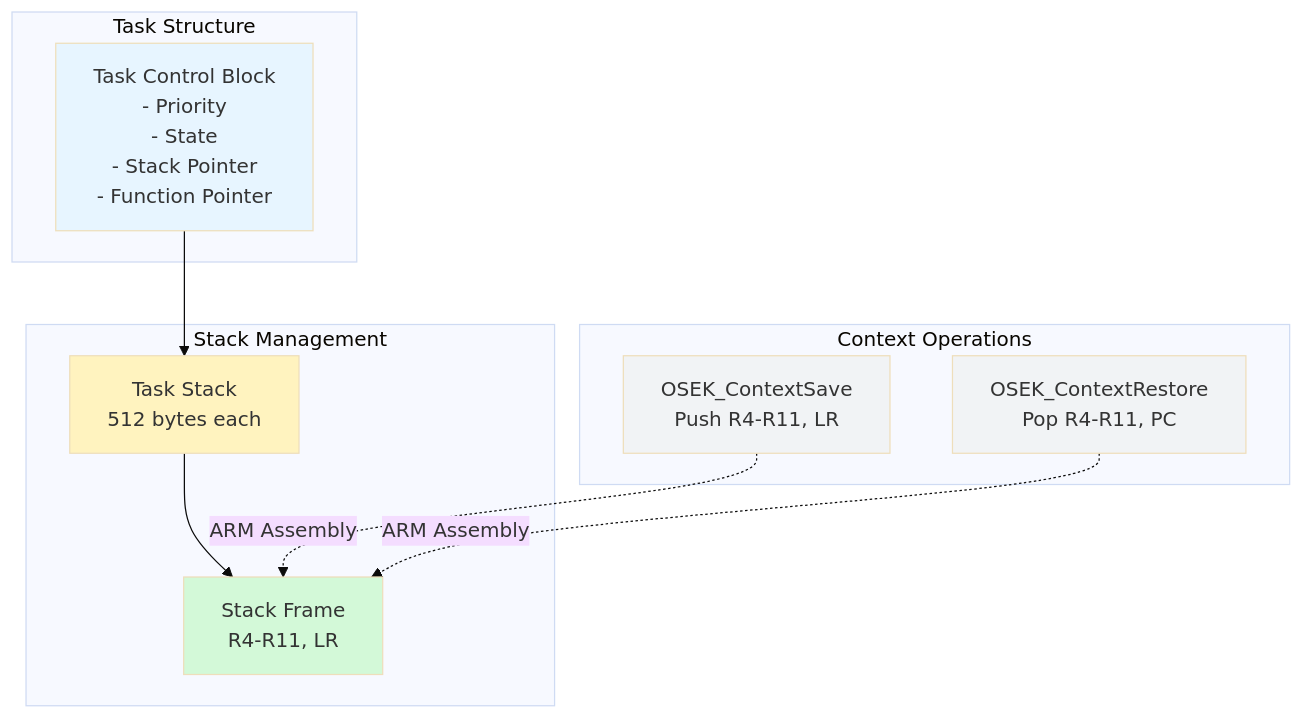
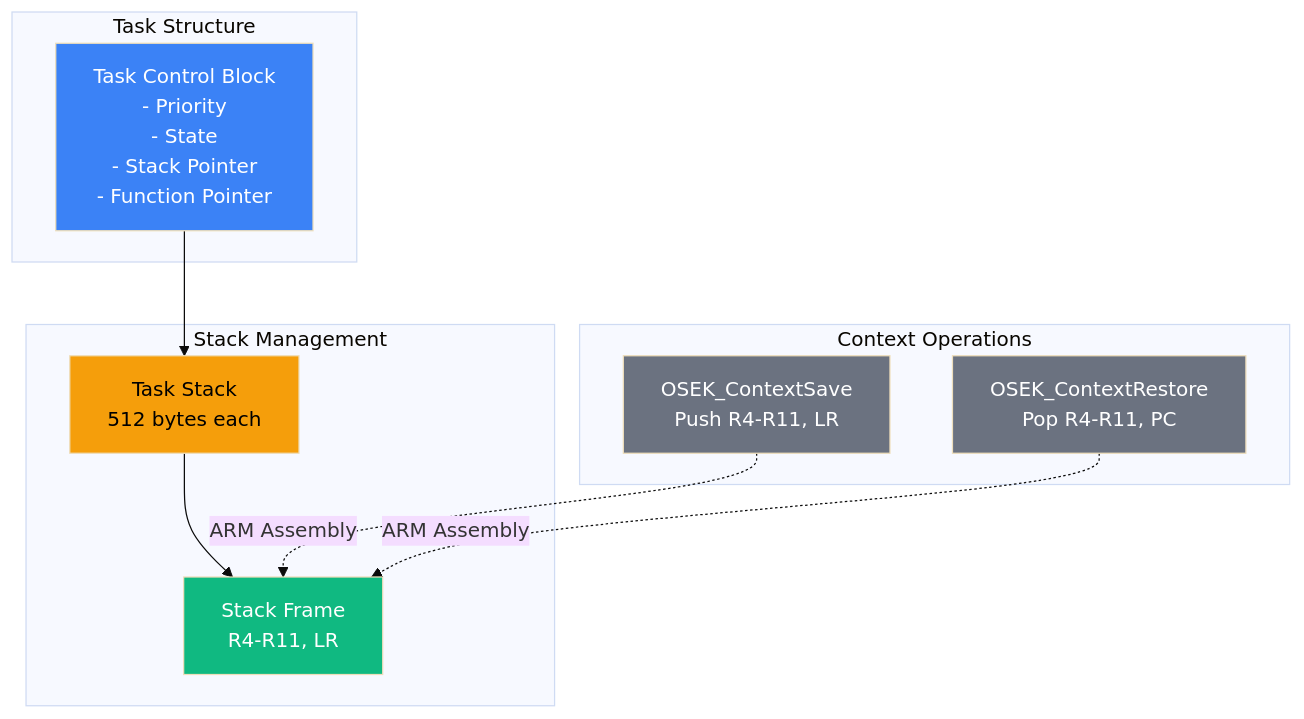
The fourth of 7 diagrams in README.md (ivansigala/OSEK), drawn with Mermaid (base theme) before and after one commit. The commit also changed other lines of this file, not shown here.

````diff
--- a/README.md
+++ b/README.md
@@ -102,27 +102,27 @@
 ```mermaid
 graph TB
     subgraph "Task Structure"
         A["Task Control Block<br/>- Priority<br/>- State<br/>- Stack Pointer<br/>- Function Pointer"]
     end
     
     subgraph "Stack Management"
         B["Task Stack<br/>512 bytes each"]
         C["Stack Frame<br/>R4-R11, LR"]
     end
     
     subgraph "Context Operations"
         D["OSEK_ContextSave<br/>Push R4-R11, LR"]
         E["OSEK_ContextRestore<br/>Pop R4-R11, PC"]
     end
     
     A --> B
     B --> C
     D -.->|ARM Assembly| C
     E -.->|ARM Assembly| C
     
-    style A fill:#e7f5ff
-    style B fill:#fff3bf
-    style C fill:#d3f9d8
-    style D fill:#f1f3f5
-    style E fill:#f1f3f5
+    style A fill:#3b82f6,color:#fff
+    style B fill:#f59e0b,color:#000
+    style C fill:#10b981,color:#fff
+    style D fill:#6b7280,color:#fff
+    style E fill:#6b7280,color:#fff
 ```
````
